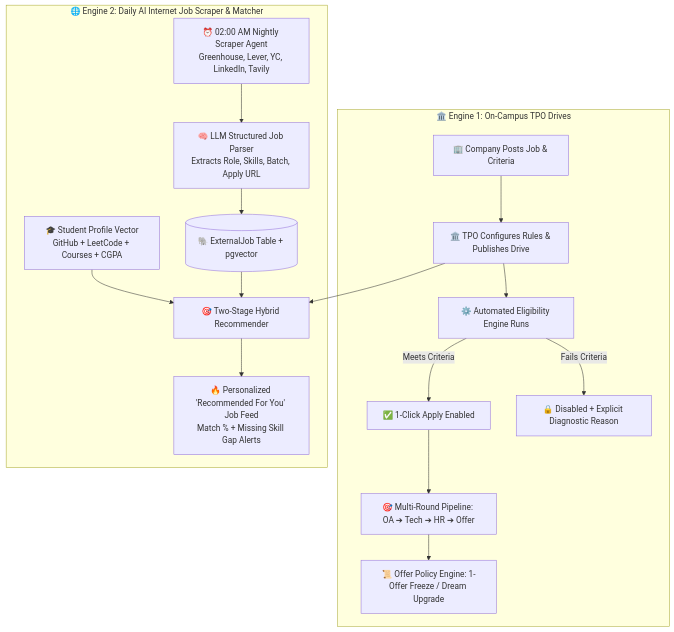
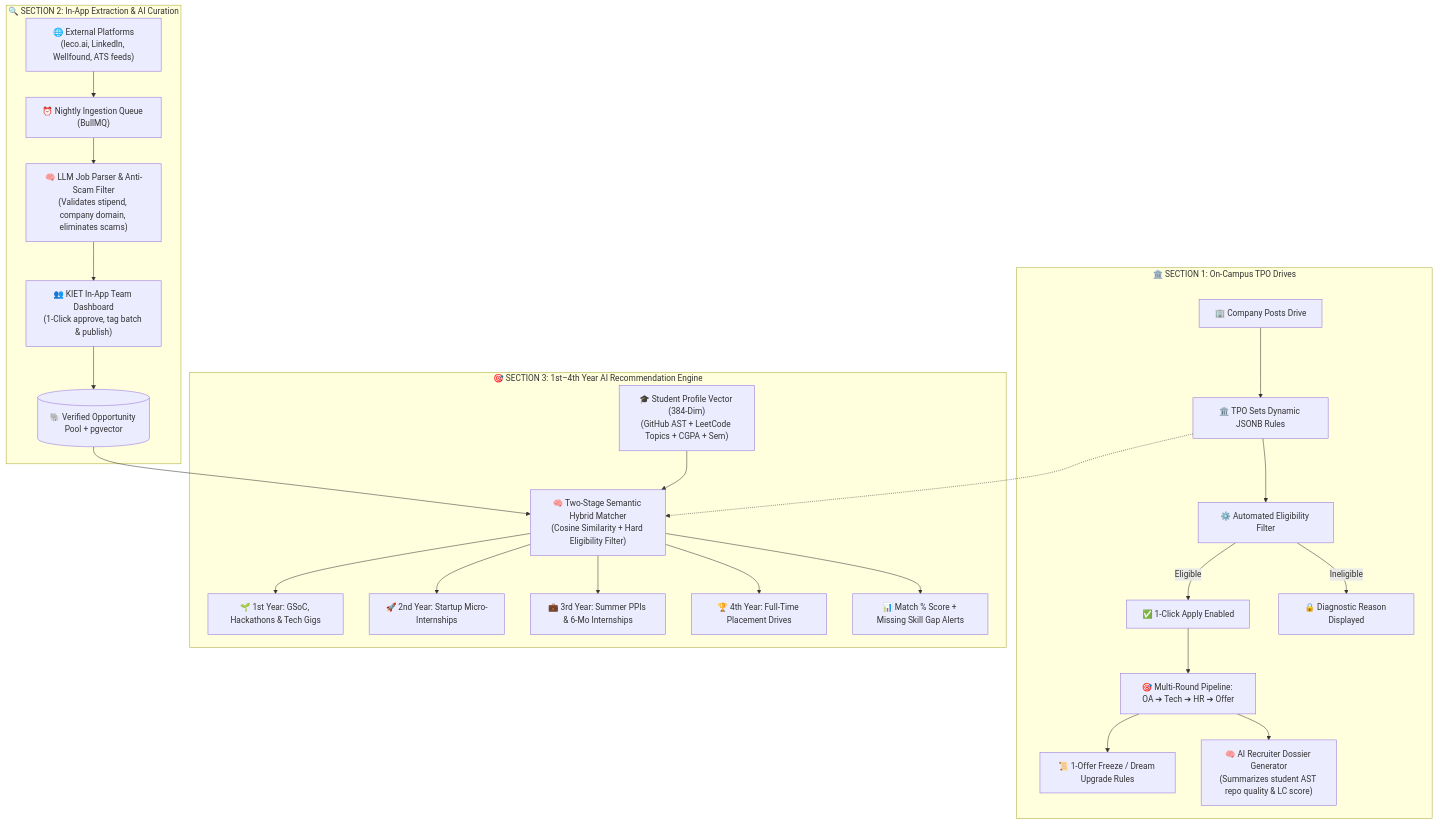
The diagram in ai/superset_placement_engine.md (ARPITPRAJAPATI/Only_jobs), drawn with Mermaid before and after one commit. The commit also changed other lines of this file and 3 other files, not shown here.

Commit message:
docs: expand superset placement engine into 3 distinct sections (TPO drives, In-App extraction team, and 1st-to-4th-year recommendations)

````diff
--- a/ai/superset_placement_engine.md
+++ b/ai/superset_placement_engine.md
@@ -19,20 +20,34 @@
 ```mermaid
 flowchart TD
-    subgraph OnCampus [🏛️ Engine 1: On-Campus TPO Drives]
-        A[🏢 Company Posts Job & Criteria] --> B[🏛️ TPO Configures Rules & Publishes Drive]
-        B --> C[⚙️ Automated Eligibility Engine Runs]
-        C -->|Meets Criteria| D[✅ 1-Click Apply Enabled]
-        C -->|Fails Criteria| E[🔒 Disabled + Explicit Diagnostic Reason]
-        D --> F[🎯 Multi-Round Pipeline: OA ➔ Tech ➔ HR ➔ Offer]
-        F --> G[📜 Offer Policy Engine: 1-Offer Freeze / Dream Upgrade]
+    subgraph S1["🏛️ SECTION 1: On-Campus TPO Drives"]
+        A1["🏢 Company Posts Drive"] --> A2["🏛️ TPO Sets Dynamic JSONB Rules"]
+        A2 --> A3["⚙️ Automated Eligibility Filter"]
+        A3 -->|Eligible| A4["✅ 1-Click Apply Enabled"]
+        A3 -->|Ineligible| A5["🔒 Diagnostic Reason Displayed"]
+        A4 --> A6["🎯 Multi-Round Pipeline: OA ➔ Tech ➔ HR ➔ Offer"]
+        A6 --> A7["📜 1-Offer Freeze / Dream Upgrade Rules"]
+        A6 --> A8["🧠 AI Recruiter Dossier Generator<br/>(Summarizes student AST repo quality & LC score)"]
     end
 
-    subgraph OffCampusAI [🌐 Engine 2: Daily AI Internet Job Scraper & Matcher]
-        H[⏰ 02:00 AM Nightly Scraper Agent<br/>Greenhouse, Lever, YC, LinkedIn, Tavily] --> I[🧠 LLM Structured Job Parser<br/>Extracts Role, Skills, Batch, Apply URL]
-        I --> J[(🐘 ExternalJob Table + pgvector)]
-        K[🎓 Student Profile Vector<br/>GitHub + LeetCode + Courses + CGPA] --> L[🎯 Two-Stage Hybrid Recommender]
-        J --> L
-        B --> L
-        L --> M[🔥 Personalized 'Recommended For You' Job Feed<br/>Match % + Missing Skill Gap Alerts]
+    subgraph S2["🔍 SECTION 2: In-App Extraction & AI Curation"]
+        B1["🌐 External Platforms<br/>(leco.ai, LinkedIn, Wellfound, ATS feeds)"] --> B2["⏰ Nightly Ingestion Queue (BullMQ)"]
+        B2 --> B3["🧠 LLM Job Parser & Anti-Scam Filter<br/>(Validates stipend, company domain, eliminates scams)"]
+        B3 --> B4["👥 KIET In-App Team Dashboard<br/>(1-Click approve, tag batch & publish)"]
+        B4 --> B5[("🐘 Verified Opportunity Pool + pgvector")]
+    end
+
+    subgraph S3["🎯 SECTION 3: 1st–4th Year AI Recommendation Engine"]
+        C1["🎓 Student Profile Vector (384-Dim)<br/>(GitHub AST + LeetCode Topics + CGPA + Sem)"]
+        
+        B5 --> D_MATCH["🧠 Two-Stage Semantic Hybrid Matcher<br/>(Cosine Similarity + Hard Eligibility Filter)"]
+        A2 -.-> D_MATCH
+        C1 --> D_MATCH
+
+        D_MATCH --> E1["🌱 1st Year: GSoC, Hackathons & Tech Gigs"]
+        D_MATCH --> E2["🚀 2nd Year: Startup Micro-Internships"]
+        D_MATCH --> E3["💼 3rd Year: Summer PPIs & 6-Mo Internships"]
+        D_MATCH --> E4["🏆 4th Year: Full-Time Placement Drives"]
+        
+        D_MATCH --> E5["📊 Match % Score + Missing Skill Gap Alerts"]
     end
 ```
````
